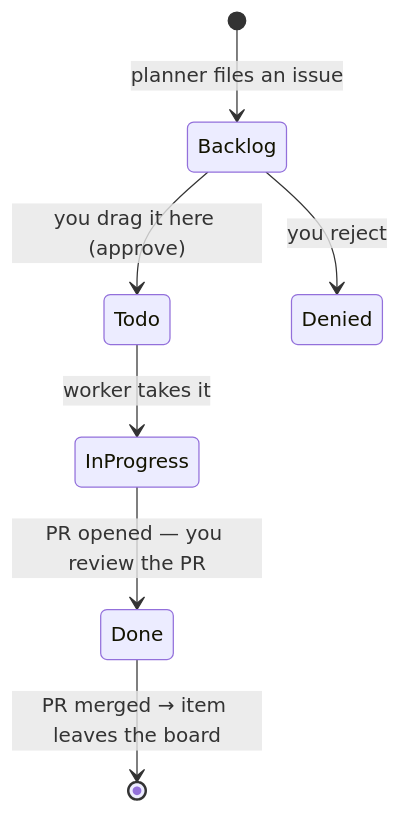
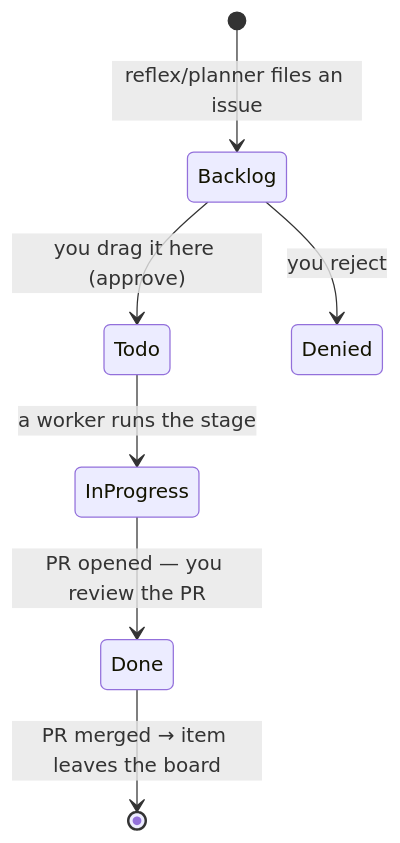
Before and after one commit to sm-th/meno: the diagram in docs/process.md, drawn with Mermaid. The commit also changed other lines of this file, not shown here.

````diff
--- a/docs/process.md
+++ b/docs/process.md
@@ -94,9 +306,9 @@
 ```mermaid
 stateDiagram-v2
-  [*] --> Backlog: planner files an issue
+  [*] --> Backlog: reflex/planner files an issue
   Backlog --> Todo: you drag it here (approve)
-  Todo --> InProgress: worker takes it
+  Todo --> InProgress: a worker runs the stage
   InProgress --> Done: PR opened — you review the PR
   Done --> [*]: PR merged → item leaves the board
   Backlog --> Denied: you reject
 ```
````
